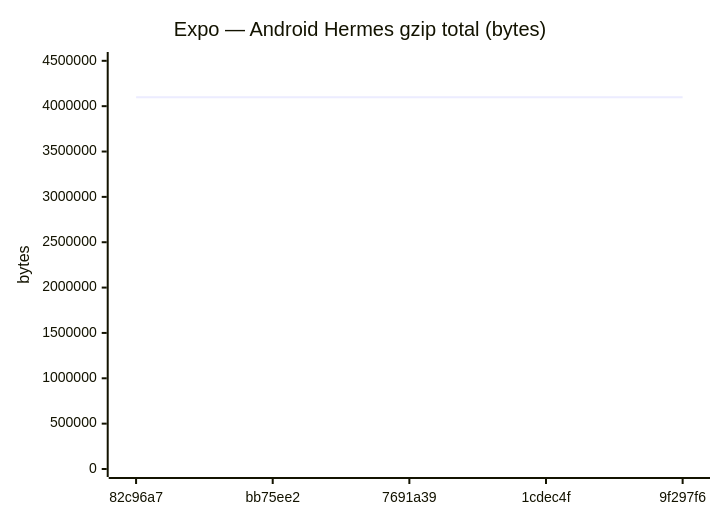
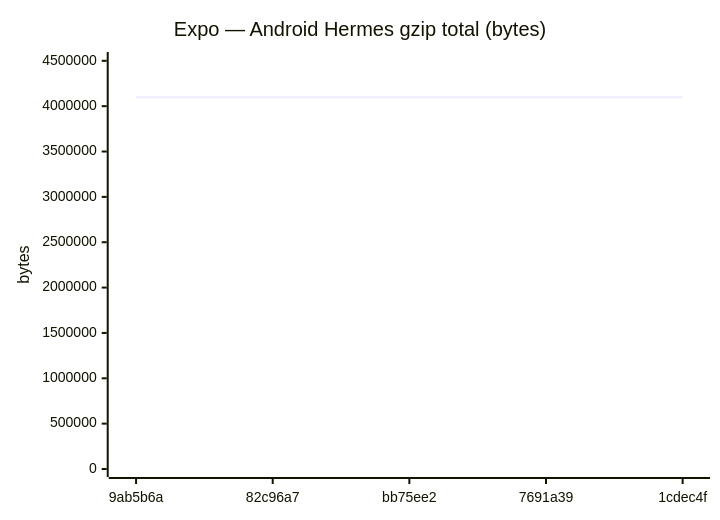
Diagram 11 of 18 in benchmarks/compare.md (Metaheurist/Rianell), drawn with Mermaid before and after one commit. The commit also changed other lines of this file and 11 other files, not shown here.

````diff
--- a/benchmarks/compare.md
+++ b/benchmarks/compare.md
@@ -172,7 +172,7 @@
 ```mermaid
 xychart-beta
     title "Expo — Android Hermes gzip total (bytes)"
-    x-axis ["82c96a7", "bb75ee2", "7691a39", "1cdec4f", "9f297f6"]
-    y-axis "bytes" 0 --> 4509034
-    line [4098085, 4098255, 4098083, 4099120, 4099121]
+    x-axis ["9ab5b6a", "82c96a7", "bb75ee2", "7691a39", "1cdec4f"]
+    y-axis "bytes" 0 --> 4509032
+    line [4098155, 4098085, 4098255, 4098083, 4099120]
 ```
````
